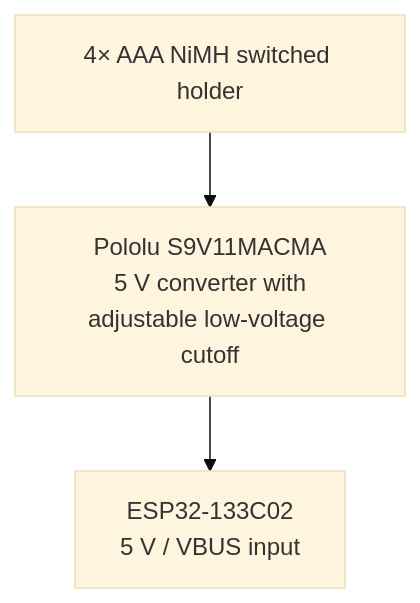
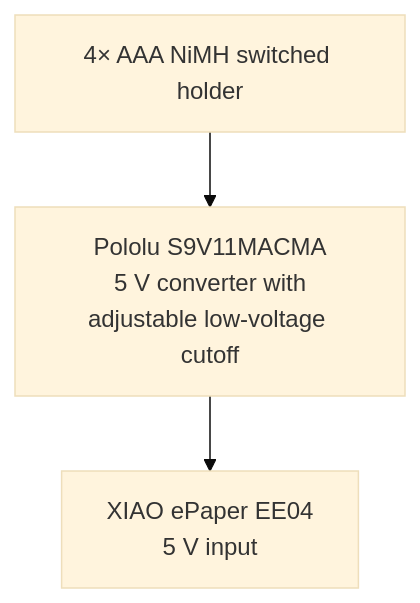
Before and after one commit to Maokx1/hof_frame: the first of 2 diagrams in docs/PLAN.md, drawn with Mermaid (base theme). The commit also changed other lines of this file and 2 other files, not shown here.

````diff
--- a/docs/PLAN.md
+++ b/docs/PLAN.md
@@ -22,8 +23,8 @@
 ```mermaid
 flowchart TD
     A["4× AAA NiMH switched holder"]
     C["Pololu S9V11MACMA<br/>5 V converter with<br/>adjustable low-voltage cutoff"]
-    D["ESP32-133C02<br/>5 V / VBUS input"]
+    D["XIAO ePaper EE04<br/>5 V input"]
 
     A --> C --> D
 ```
````
